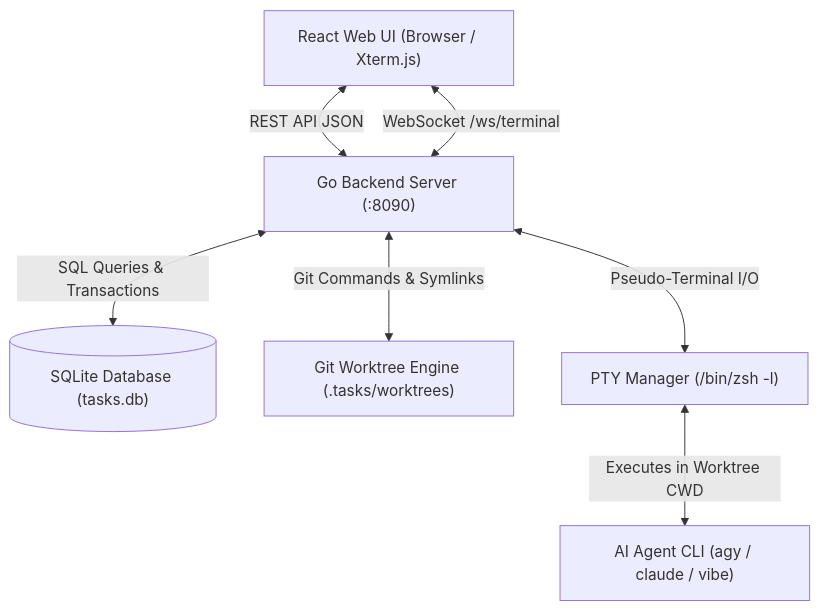
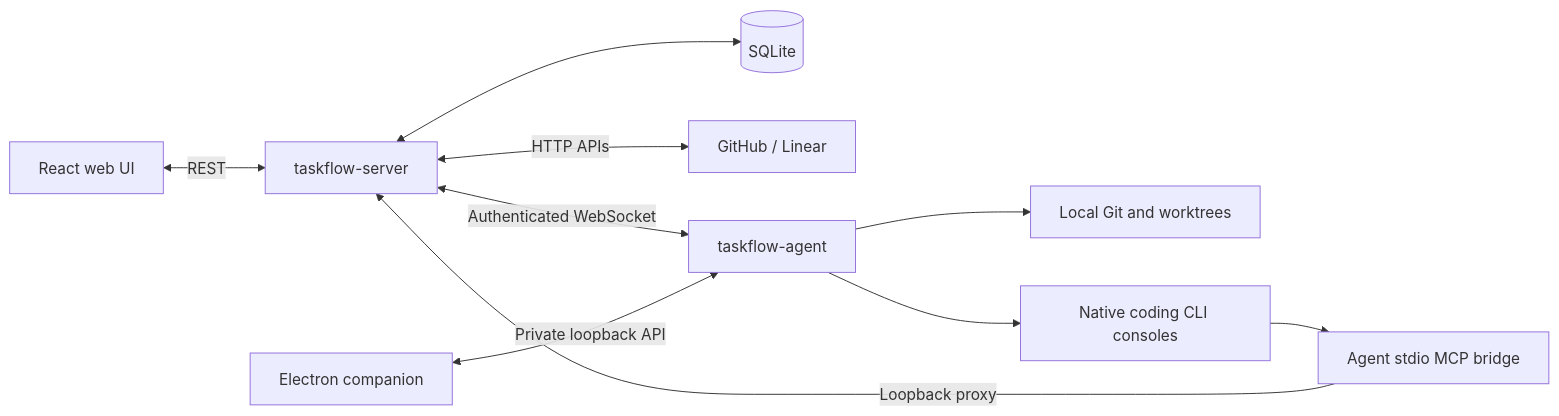
Before and after one commit to sebastienferry/sectile: the diagram in docs/ARCHITECTURE.md, drawn with Mermaid. The commit also changed other lines of this file and 76 other files, not shown here.

````diff
--- a/docs/ARCHITECTURE.md
+++ b/docs/ARCHITECTURE.md
@@ -16,16 +6,12 @@
 ```mermaid
-graph TD
-    Client["React Web UI (Browser / Xterm.js)"]
-    Server["Go Backend Server (:8090)"]
-    DB[("SQLite Database (tasks.db)")]
-    GitEngine["Git Worktree Engine (.tasks/worktrees)"]
-    PTY["PTY Manager (/bin/zsh -l)"]
-    Agent["AI Agent CLI (agy / claude / vibe)"]
-
-    Client <-->|REST API JSON| Server
-    Client <-->|WebSocket /ws/terminal| Server
-    Server <-->|SQL Queries & Transactions| DB
-    Server <-->|Git Commands & Symlinks| GitEngine
-    Server <-->|Pseudo-Terminal I/O| PTY
-    PTY <-->|Executes in Worktree CWD| Agent
+flowchart LR
+    Browser[React web UI] <-->|REST| Server[taskflow-server]
+    Server <--> SQLite[(SQLite)]
+    Server <-->|HTTP APIs| Trackers[GitHub / Linear]
+    Server <-->|Authenticated WebSocket| Agent[taskflow-agent]
+    Desktop[Electron companion] <-->|Private loopback API| Agent
+    Agent --> Git[Local Git and worktrees]
+    Agent --> PTY[Native coding CLI consoles]
+    PTY --> MCP[Agent stdio MCP bridge]
+    MCP -->|Loopback proxy| Server
 ```
````
